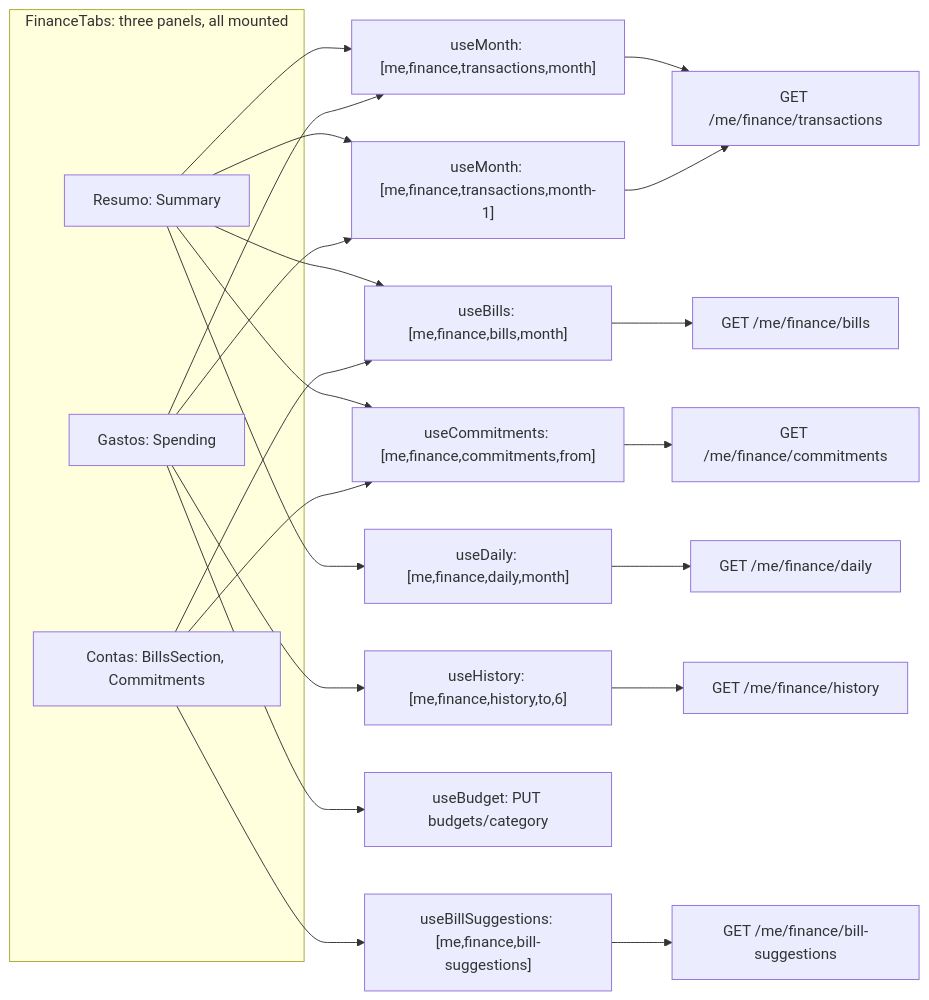
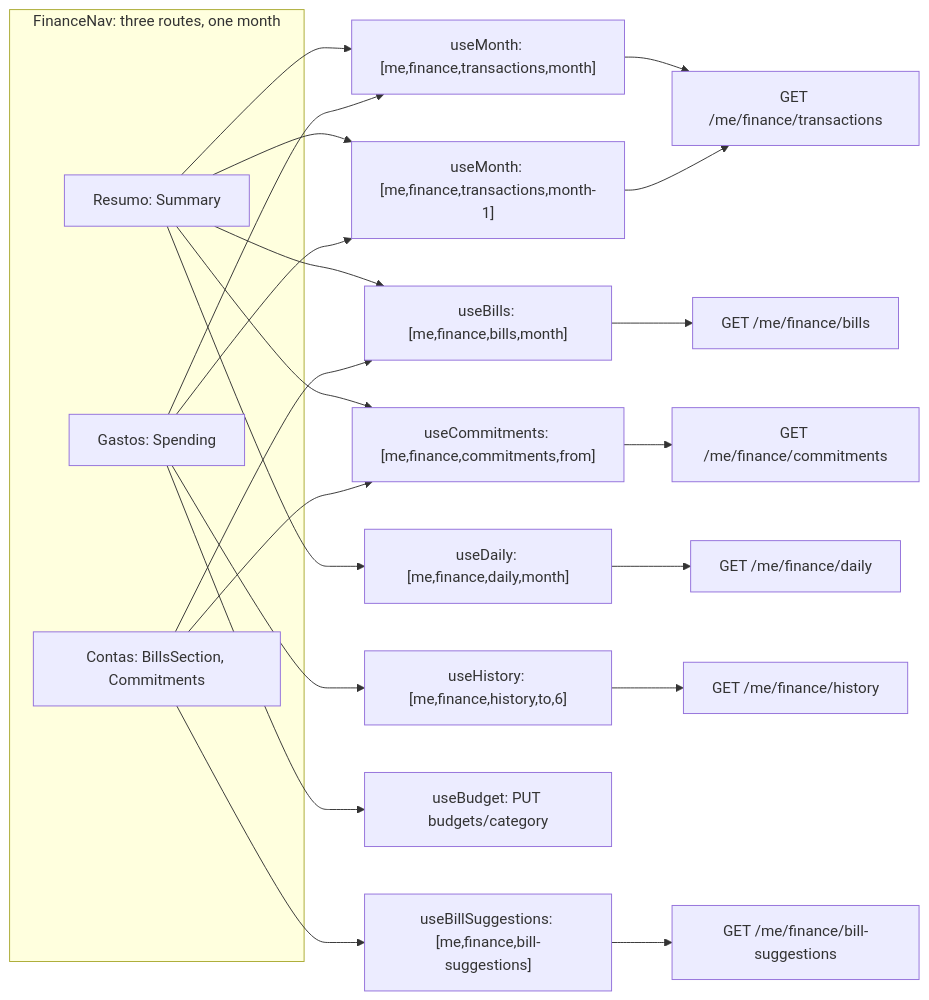
Before and after one commit to AbnerWillclefy/Homeowner: the tenth of 12 diagrams in docs/architecture/web.md, drawn with Mermaid. The commit also changed other lines of this file and 2 other files, not shown here.

First line of the commit message:
docs(architecture): describe the finance routes and card bill days

````diff
--- a/docs/architecture/web.md
+++ b/docs/architecture/web.md
@@ -549,27 +550,27 @@
 ```mermaid
 flowchart LR
-    subgraph views["FinanceTabs: three panels, all mounted"]
+    subgraph views["FinanceNav: three routes, one month"]
         RES["Resumo: Summary"]
         GAS["Gastos: Spending"]
         CON["Contas: BillsSection, Commitments"]
     end
     RES --> M["useMonth: [me,finance,transactions,month]"]
     RES --> MP["useMonth: [me,finance,transactions,month-1]"]
     RES --> B["useBills: [me,finance,bills,month]"]
     RES --> C["useCommitments: [me,finance,commitments,from]"]
     RES --> D["useDaily: [me,finance,daily,month]"]
     GAS --> M
     GAS --> MP
     GAS --> H["useHistory: [me,finance,history,to,6]"]
     GAS --> BU["useBudget: PUT budgets/category"]
     CON --> B
     CON --> S["useBillSuggestions: [me,finance,bill-suggestions]"]
     CON --> C
     M --> API1["GET /me/finance/transactions"]
     MP --> API1
     B --> API2["GET /me/finance/bills"]
     C --> API3["GET /me/finance/commitments"]
     D --> API4["GET /me/finance/daily"]
     H --> API5["GET /me/finance/history"]
     S --> API6["GET /me/finance/bill-suggestions"]
 ```
````
